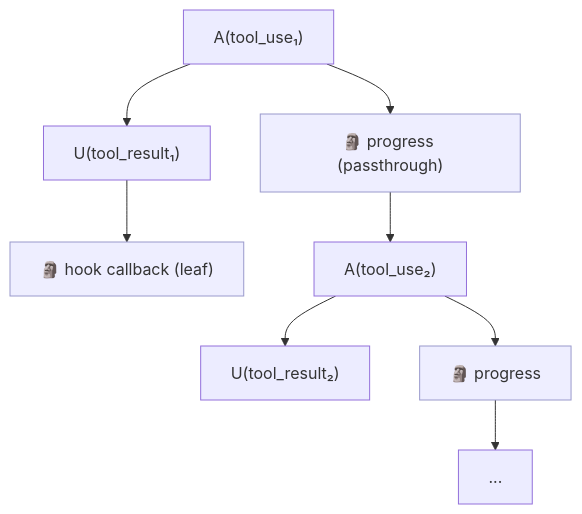
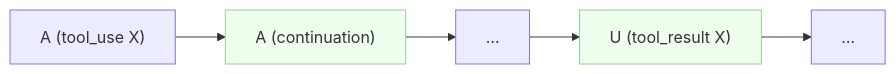
One commit to handgemacht-ai/claude-code-log changed diagram 13 of 18 in dev-docs/dag.md. Above: the diagram before and after it, drawn with Mermaid. The commit also changed other lines of this file and 4 other files, not shown here.

First line of the commit message:
Linearize assistant-continuation tool-flow forks instead of branching (#214)

````diff
--- a/dev-docs/dag.md
+++ b/dev-docs/dag.md
@@ -442,12 +471,6 @@
 ```mermaid
-graph TD
-    A1["A(tool_use₁)"] --> U1["U(tool_result₁)"]
-    A1 --> P1["🗿 progress (passthrough)"]
-    U1 --> H1["🗿 hook callback (leaf)"]
-    P1 --> A2["A(tool_use₂)"]
-    A2 --> U2["U(tool_result₂)"]
-    A2 --> P2["🗿 progress"]
-    P2 --> rest["..."]
-    classDef structural fill:#eef,stroke:#99c
-    class P1,H1,P2 structural
+graph LR
+    A1["A (tool_use X)"] --> C["A (continuation)"] --> Cmore["…"] --> U["U (tool_result X)"] --> Umore["…"]
+    classDef live fill:#efe,stroke:#9c9
+    class C,U live
 ```
````
